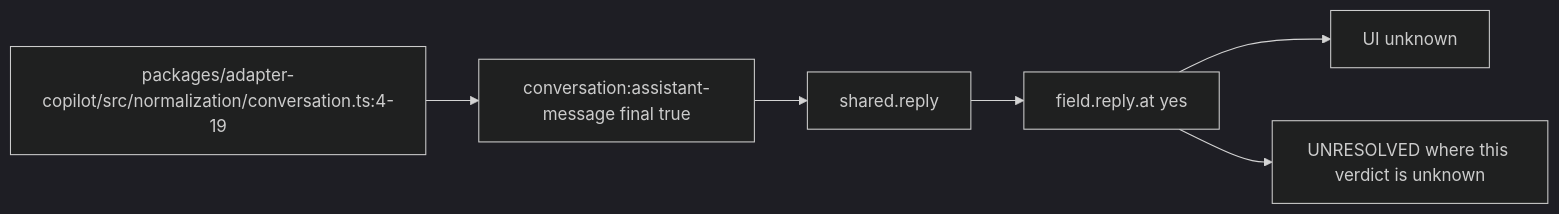
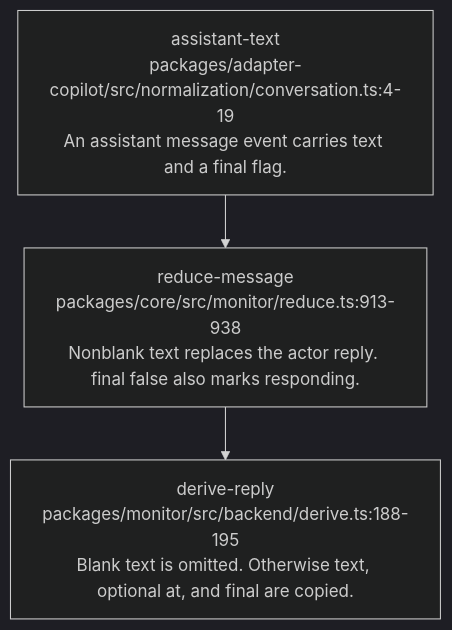
Before and after one commit to vibefield/vibefield: the diagram in audit/godview/evidence/copilot/reply.at.mmd, drawn with Mermaid (dark theme). The commit also changed 1665 other files, not shown here.

```diff
--- a/audit/godview/evidence/copilot/reply.at.mmd
+++ b/audit/godview/evidence/copilot/reply.at.mmd
@@ -1,13 +1,9 @@
-%% graph_ref: shared.reply
+%% field: field.reply.at
 %% adapter: copilot
-%% field: field.reply.at
-%% forensic: source-read at 748d015; not a live sample
-flowchart LR
-  src["packages/adapter-copilot/src/normalization/conversation.ts:4-19"]
-  raw["conversation:assistant-message final true"]
-  shared["shared.reply"]
-  row["field.reply.at yes"]
-  ui["UI unknown"]
-  src --> raw --> shared --> row --> ui
-  open["UNRESOLVED where this verdict is unknown"]
-  row --> open
+%% forensic: source-read 748d015a7e393112e0a91dad80111fdf5abe6583; not a live sample
+flowchart TD
+  n0["assistant-text\npackages/adapter-copilot/src/normalization/conversation.ts:4-19\nAn assistant message event carries text and a final flag."]
+  n1["reduce-message\npackages/core/src/monitor/reduce.ts:913-938\nNonblank text replaces the actor reply. final false also marks responding."]
+  n0 --> n1
+  n2["derive-reply\npackages/monitor/src/backend/derive.ts:188-195\nBlank text is omitted. Otherwise text, optional at, and final are copied."]
+  n1 --> n2
```
